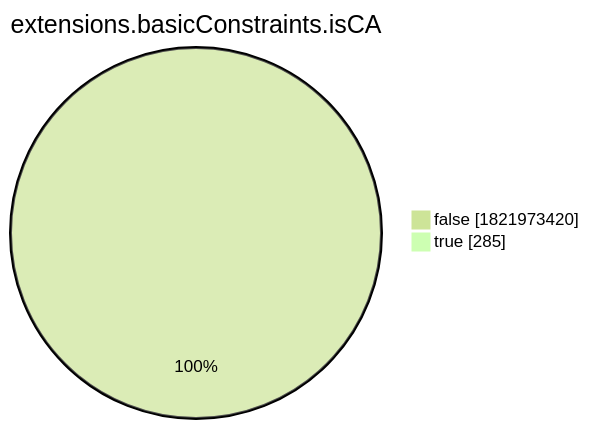
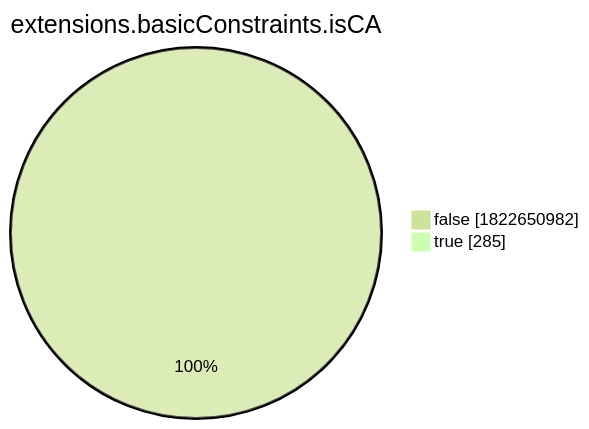
Before and after one commit to christiankrug/ctmonitor_visualization: the eighth of 15 diagrams in xenon2022/README.md, drawn with Mermaid (forest theme). The commit also changed other lines of this file, not shown here.

````diff
--- a/xenon2022/README.md
+++ b/xenon2022/README.md
@@ -2868,6 +2868,6 @@
 ```mermaid
 pie showData
 title extensions.basicConstraints.isCA
-"false" :1821973420
+"false" :1822650982
 "true" :285
 ```
````
